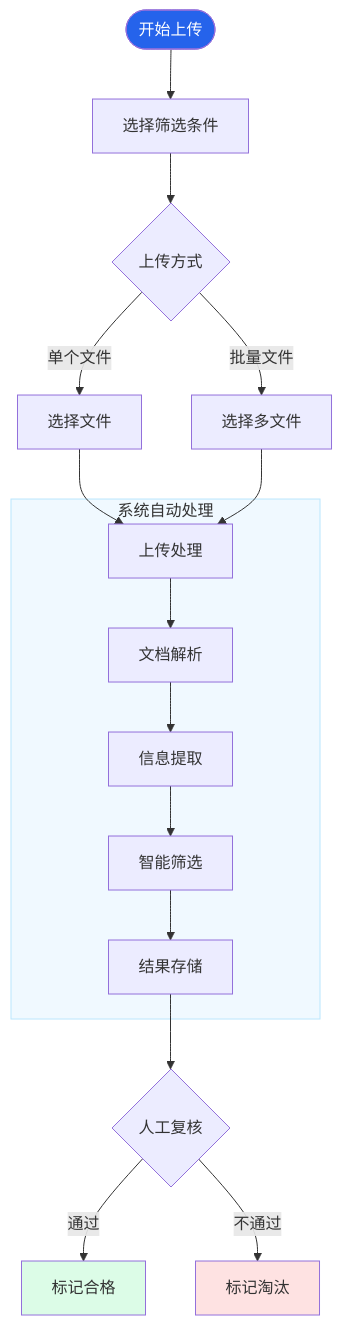
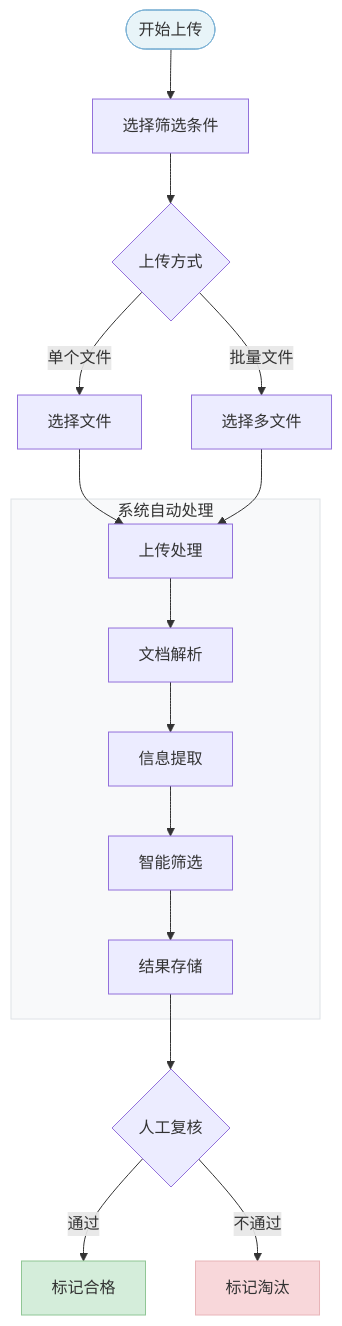
One commit to xt765/ResumeScreening changed the third of 8 diagrams in docs/usage.md. Above: the diagram before and after it, drawn with Mermaid. The commit also changed other lines of this file and 4 other files, not shown here.

````diff
--- a/docs/usage.md
+++ b/docs/usage.md
@@ -69,26 +70,26 @@
 ```mermaid
 graph TD
     Start([开始上传]) --> Select[选择筛选条件]
     Select --> Mode{上传方式}
     Mode -->|单个文件| Single[选择文件]
     Mode -->|批量文件| Batch[选择多文件]
     
     Single --> Upload[上传处理]
     Batch --> Upload
     
     subgraph Process [系统自动处理]
         Upload --> Parse[文档解析]
         Parse --> Extract[信息提取]
         Extract --> Filter[智能筛选]
         Filter --> Save[结果存储]
     end
     
     Save --> Review{人工复核}
     Review -->|通过| Pass[标记合格]
     Review -->|不通过| Fail[标记淘汰]
     
-    style Start fill:#2563eb,color:#fff
-    style Process fill:#f0f9ff,stroke:#bae6fd
-    style Pass fill:#dcfce7
-    style Fail fill:#fee2e2
+    style Start fill:#e8f4f8,stroke:#7fb3d5
+    style Process fill:#f8f9fa,stroke:#dee2e6
+    style Pass fill:#d4edda,stroke:#90c695
+    style Fail fill:#f8d7da,stroke:#e8b4b8
 ```
````
